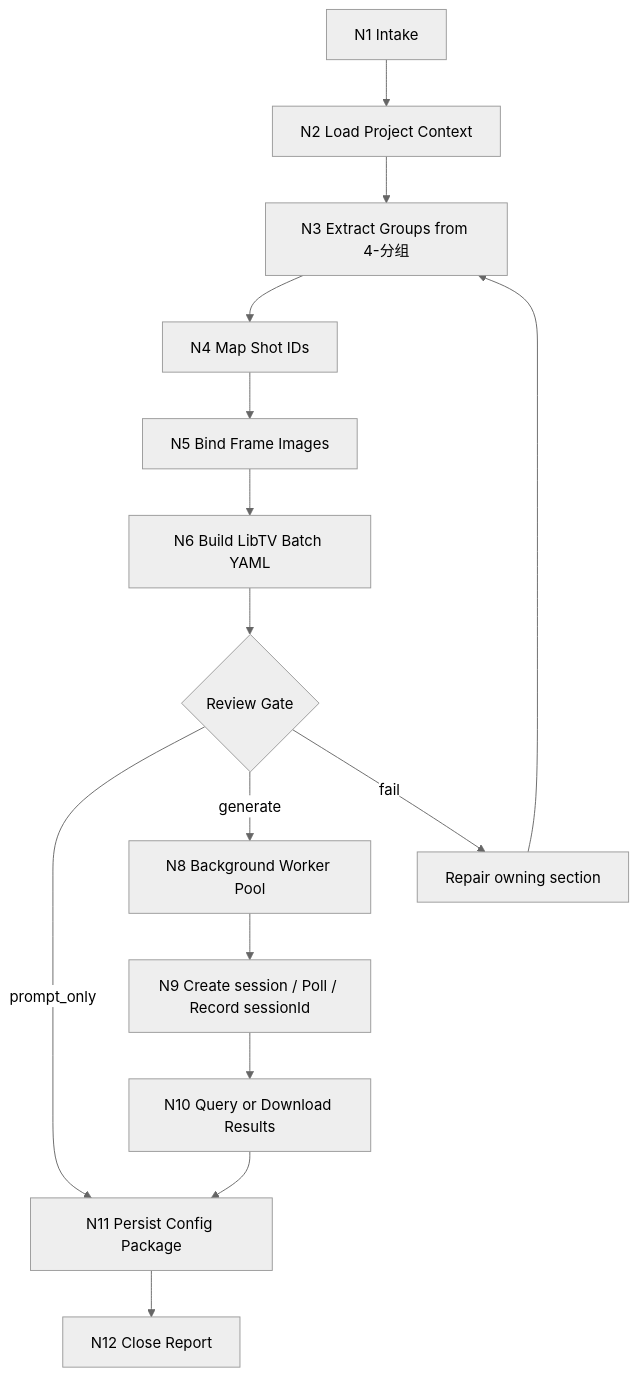
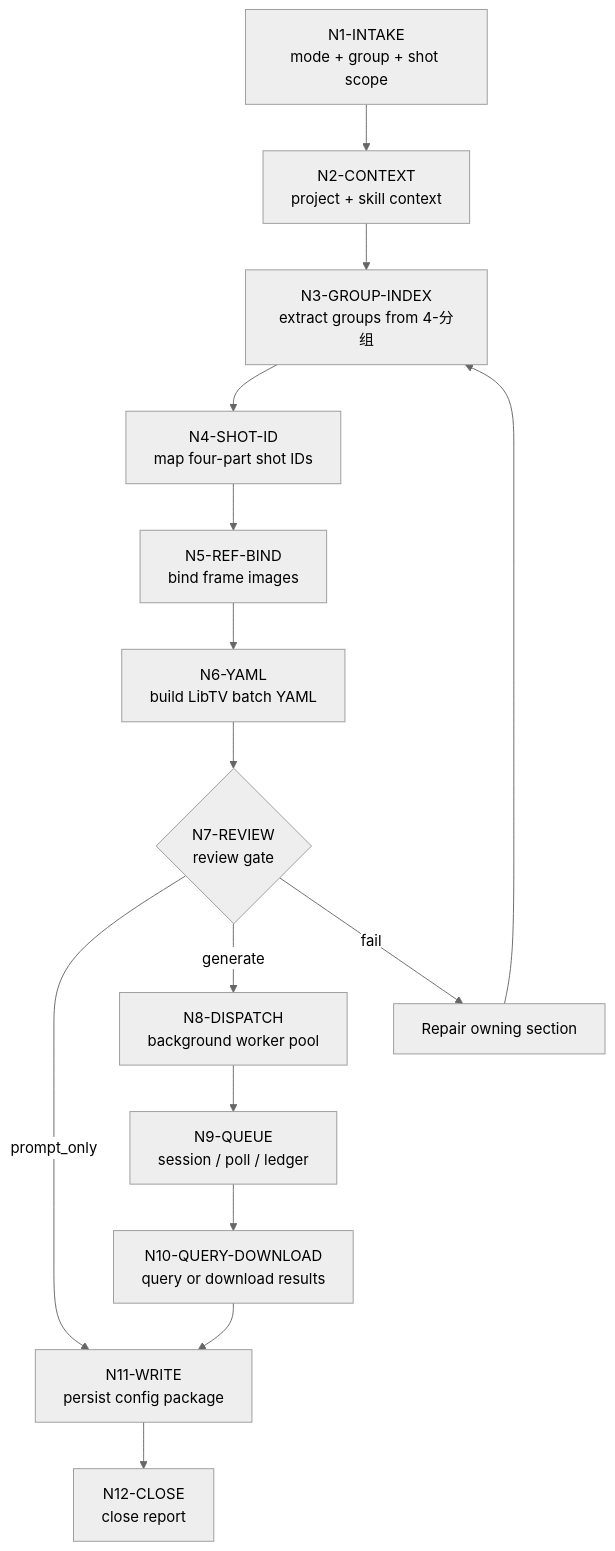
Before and after one commit to ZEN-VOID/AI-CUT: the first of 2 diagrams in .agents/skills/aigc/7-视频/A-分镜画面参照/steps/frame-reference-video-workflow.md, drawn with Mermaid (neutral theme). The commit also changed 41 other files, not shown here.

````diff
--- a/.agents/skills/aigc/7-视频/A-分镜画面参照/steps/frame-reference-video-workflow.md
+++ b/.agents/skills/aigc/7-视频/A-分镜画面参照/steps/frame-reference-video-workflow.md
@@ -7,17 +7,17 @@
 ```mermaid
 flowchart TD
-    N1["N1 Intake"] --> N2["N2 Load Project Context"]
-    N2 --> N3["N3 Extract Groups from 4-分组"]
-    N3 --> N4["N4 Map Shot IDs"]
-    N4 --> N5["N5 Bind Frame Images"]
-    N5 --> N6["N6 Build LibTV Batch YAML"]
-    N6 --> N7{"Review Gate"}
-    N7 -->|"prompt_only"| N11["N11 Persist Config Package"]
-    N7 -->|"generate"| N8["N8 Background Worker Pool"]
-    N8 --> N9["N9 Create session / Poll / Record sessionId"]
-    N9 --> N10["N10 Query or Download Results"]
+    N1["N1-INTAKE<br/>mode + group + shot scope"] --> N2["N2-CONTEXT<br/>project + skill context"]
+    N2 --> N3["N3-GROUP-INDEX<br/>extract groups from 4-分组"]
+    N3 --> N4["N4-SHOT-ID<br/>map four-part shot IDs"]
+    N4 --> N5["N5-REF-BIND<br/>bind frame images"]
+    N5 --> N6["N6-YAML<br/>build LibTV batch YAML"]
+    N6 --> N7{"N7-REVIEW<br/>review gate"}
+    N7 -->|"prompt_only"| N11["N11-WRITE<br/>persist config package"]
+    N7 -->|"generate"| N8["N8-DISPATCH<br/>background worker pool"]
+    N8 --> N9["N9-QUEUE<br/>session / poll / ledger"]
+    N9 --> N10["N10-QUERY-DOWNLOAD<br/>query or download results"]
     N10 --> N11
     N7 -->|"fail"| R["Repair owning section"]
     R --> N3
-    N11 --> N12["N12 Close Report"]
+    N11 --> N12["N12-CLOSE<br/>close report"]
 ```
````
